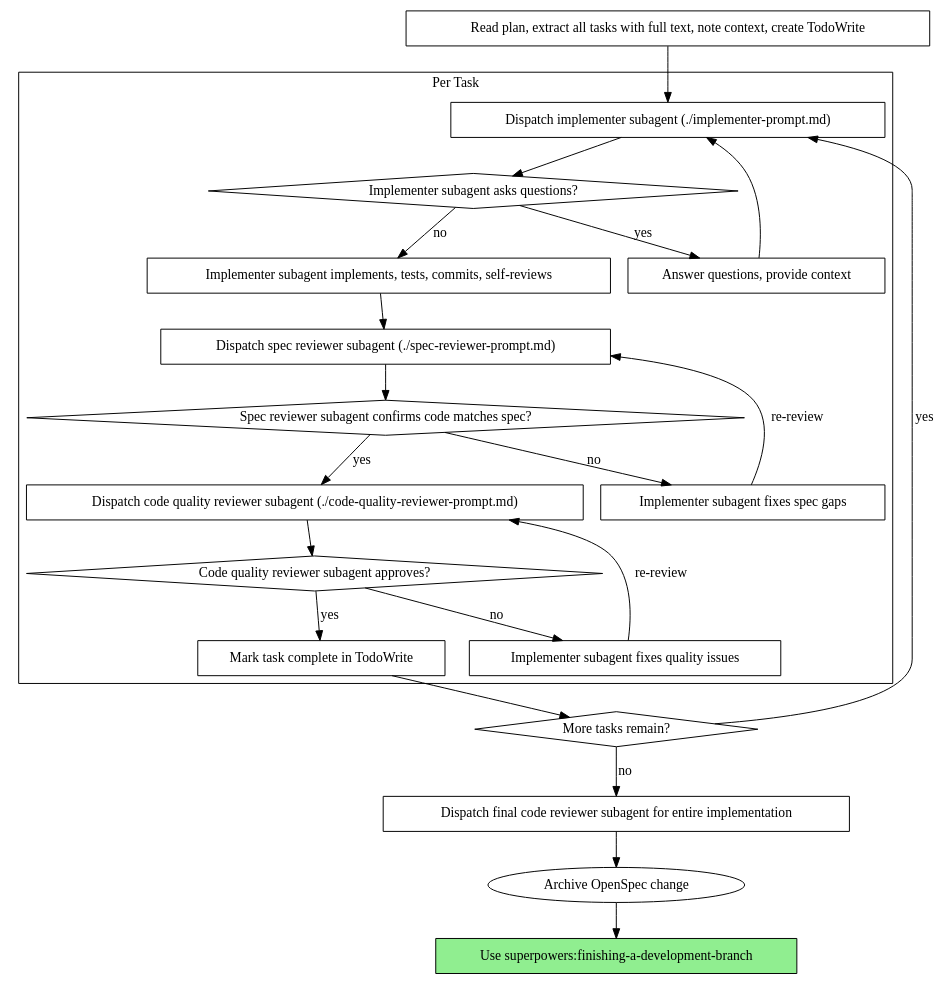
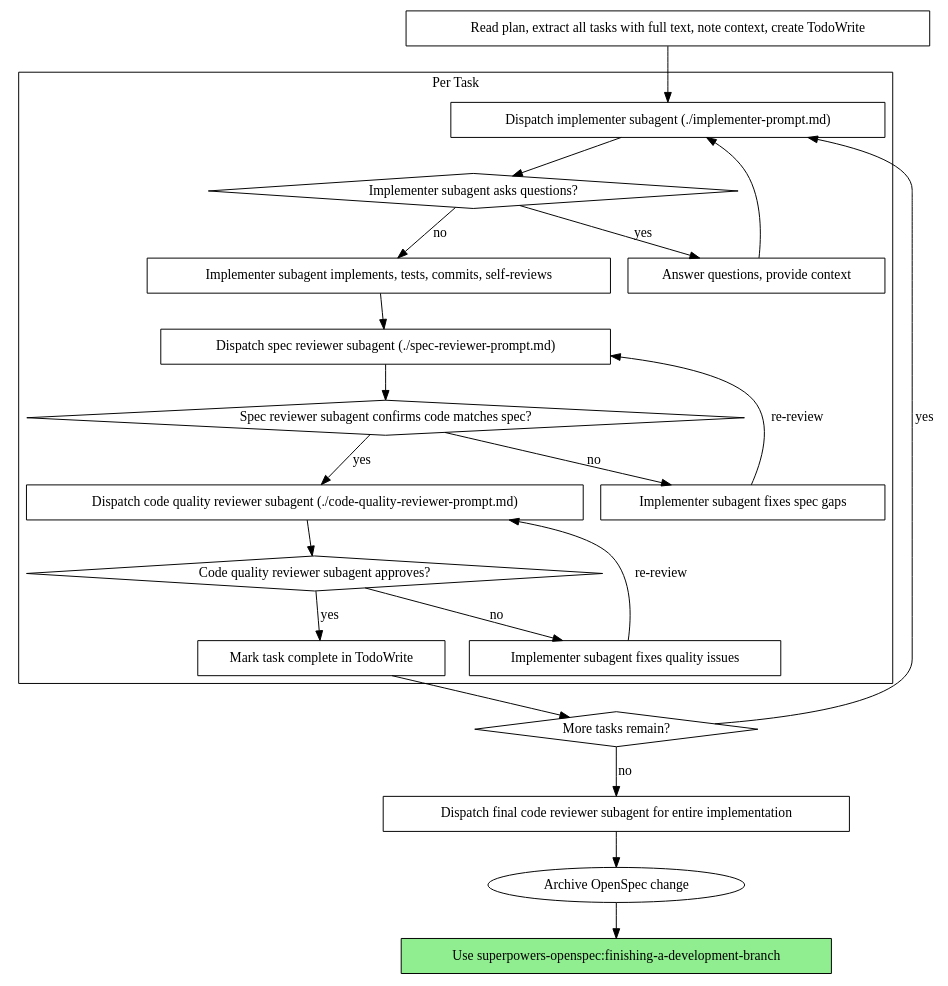
The second of 2 diagrams in skills/subagent-driven-development/SKILL.md (seanlin007/superpowers-openspec), drawn with Graphviz before and after one commit. The commit also changed other lines of this file and 17 other files, not shown here.

First line of the commit message:
feat: rename plugin to superpowers-openspec to allow coexistence with original

````diff
--- a/skills/subagent-driven-development/SKILL.md
+++ b/skills/subagent-driven-development/SKILL.md
@@ -42,45 +42,45 @@
 ```dot
 digraph process {
     rankdir=TB;
 
     subgraph cluster_per_task {
         label="Per Task";
         "Dispatch implementer subagent (./implementer-prompt.md)" [shape=box];
         "Implementer subagent asks questions?" [shape=diamond];
         "Answer questions, provide context" [shape=box];
         "Implementer subagent implements, tests, commits, self-reviews" [shape=box];
         "Dispatch spec reviewer subagent (./spec-reviewer-prompt.md)" [shape=box];
         "Spec reviewer subagent confirms code matches spec?" [shape=diamond];
         "Implementer subagent fixes spec gaps" [shape=box];
         "Dispatch code quality reviewer subagent (./code-quality-reviewer-prompt.md)" [shape=box];
         "Code quality reviewer subagent approves?" [shape=diamond];
         "Implementer subagent fixes quality issues" [shape=box];
         "Mark task complete in TodoWrite" [shape=box];
     }
 
     "Read plan, extract all tasks with full text, note context, create TodoWrite" [shape=box];
     "More tasks remain?" [shape=diamond];
     "Dispatch final code reviewer subagent for entire implementation" [shape=box];
-    "Use superpowers:finishing-a-development-branch" [shape=box style=filled fillcolor=lightgreen];
+    "Use superpowers-openspec:finishing-a-development-branch" [shape=box style=filled fillcolor=lightgreen];
 
     "Read plan, extract all tasks with full text, note context, create TodoWrite" -> "Dispatch implementer subagent (./implementer-prompt.md)";
     "Dispatch implementer subagent (./implementer-prompt.md)" -> "Implementer subagent asks questions?";
     "Implementer subagent asks questions?" -> "Answer questions, provide context" [label="yes"];
     "Answer questions, provide context" -> "Dispatch implementer subagent (./implementer-prompt.md)";
     "Implementer subagent asks questions?" -> "Implementer subagent implements, tests, commits, self-reviews" [label="no"];
     "Implementer subagent implements, tests, commits, self-reviews" -> "Dispatch spec reviewer subagent (./spec-reviewer-prompt.md)";
     "Dispatch spec reviewer subagent (./spec-reviewer-prompt.md)" -> "Spec reviewer subagent confirms code matches spec?";
     "Spec reviewer subagent confirms code matches spec?" -> "Implementer subagent fixes spec gaps" [label="no"];
     "Implementer subagent fixes spec gaps" -> "Dispatch spec reviewer subagent (./spec-reviewer-prompt.md)" [label="re-review"];
     "Spec reviewer subagent confirms code matches spec?" -> "Dispatch code quality reviewer subagent (./code-quality-reviewer-prompt.md)" [label="yes"];
     "Dispatch code quality reviewer subagent (./code-quality-reviewer-prompt.md)" -> "Code quality reviewer subagent approves?";
     "Code quality reviewer subagent approves?" -> "Implementer subagent fixes quality issues" [label="no"];
     "Implementer subagent fixes quality issues" -> "Dispatch code quality reviewer subagent (./code-quality-reviewer-prompt.md)" [label="re-review"];
     "Code quality reviewer subagent approves?" -> "Mark task complete in TodoWrite" [label="yes"];
     "Mark task complete in TodoWrite" -> "More tasks remain?";
     "More tasks remain?" -> "Dispatch implementer subagent (./implementer-prompt.md)" [label="yes"];
     "More tasks remain?" -> "Dispatch final code reviewer subagent for entire implementation" [label="no"];
     "Dispatch final code reviewer subagent for entire implementation" -> "Archive OpenSpec change";
-    "Archive OpenSpec change" -> "Use superpowers:finishing-a-development-branch";
+    "Archive OpenSpec change" -> "Use superpowers-openspec:finishing-a-development-branch";
 }
 ```
````
